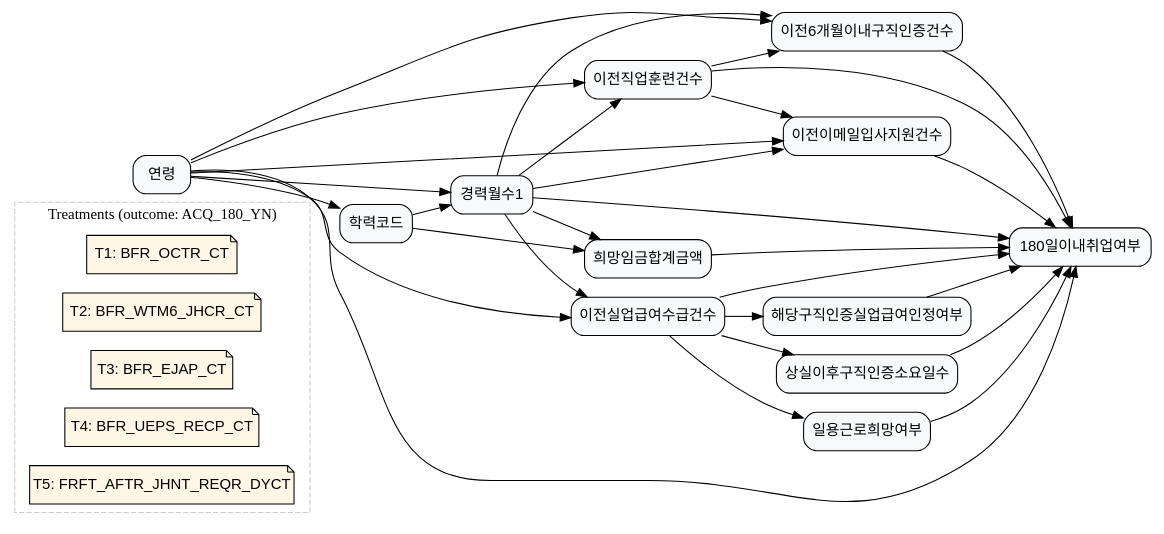
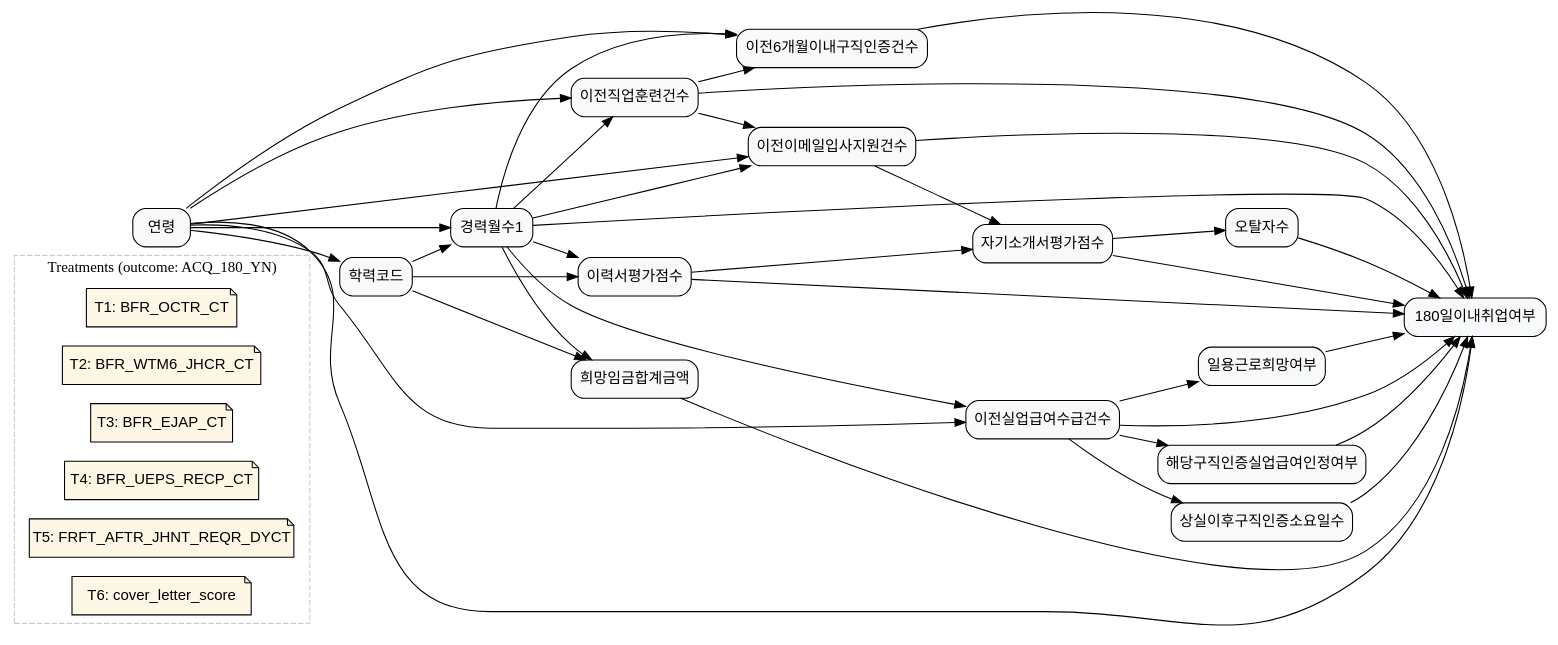
One commit to KU-LIM-Lab/dowhy-deep changed the diagram in laborlab_2/data/graph_data/graph_2.dot. Above: the diagram before and after it, drawn with Graphviz. The commit also changed 5 other files, not shown here.

Commit message:
add causal graph

```diff
--- a/laborlab_2/data/graph_data/graph_2.dot
+++ b/laborlab_2/data/graph_data/graph_2.dot
@@ -1,89 +1,106 @@
 digraph G {
 	graph [rankdir=LR];
 	node [fillcolor="#F8F9FB",
-		fontname=Helvetica,
-		shape=box,
-		style="rounded,filled"
+	fontname=Helvetica,
+	shape=box,
+	style="rounded,filled"
 	];
 	subgraph cluster_treatments {
-		graph [color="#CCCCCC",
-			label="Treatments (outcome: ACQ_180_YN)",
-			style=dashed
-		];
-		node [fillcolor="#FFF7E6",
-			fontname=Helvetica,
-			shape=note,
-			style="rounded,filled"
-		];
-		T1	[label="T1: BFR_OCTR_CT",
-			role=treatment_meta,
-			treatment_def="이전직업훈련건수 수준 차이의 효과",
-			treatment_name=BFR_OCTR_CT,
-			treatment_question="이전 직업훈련을 많이 받은 사람과 거의 받지 않은 사람의 6개월 내 취업 확률 차이?",
-			treatment_var=BFR_OCTR_CT];
-		T2	[label="T2: BFR_WTM6_JHCR_CT",
-			role=treatment_meta,
-			treatment_def="이전6개월이내구직인증건수 수준 차이의 효과",
-			treatment_name=BFR_WTM6_JHCR_CT,
-			treatment_question="과거 6개월간 구직인증 횟수가 많은 사람과 적은 사람의 6개월 내 취업 확률 차이?",
-			treatment_var=BFR_WTM6_JHCR_CT];
-		T3	[label="T3: BFR_EJAP_CT",
-			role=treatment_meta,
-			treatment_def="이전이메일입사지원건수 수준 차이의 효과",
-			treatment_name=BFR_EJAP_CT,
-			treatment_question="이메일 입사지원 경험이 많은 사람과 거의 없는 사람의 6개월 내 취업 확률 차이?",
-			treatment_var=BFR_EJAP_CT];
-		T4	[label="T4: BFR_UEPS_RECP_CT",
-			role=treatment_meta,
-			treatment_def="이전실업급여수급건수 수준 차이의 효과",
-			treatment_name=BFR_UEPS_RECP_CT,
-			treatment_question="실업급여 수급 건수가 많은 사람과 적은 사람의 6개월 내 취업 확률 차이?",
-			treatment_var=BFR_UEPS_RECP_CT];
-		T5	[label="T5: FRFT_AFTR_JHNT_REQR_DYCT",
-			role=treatment_meta,
-			treatment_def="상실이후구직인증소요일수 길이 차이의 효과",
-			treatment_name=FRFT_AFTR_JHNT_REQR_DYCT,
-			treatment_question="상실 이후 구직인증까지 기간이 짧은 사람과 긴 사람의 6개월 내 취업 확률 차이?",
-			treatment_var=FRFT_AFTR_JHNT_REQR_DYCT];
-	}
+	graph [color="#CCCCCC",
+	label="Treatments (outcome: ACQ_180_YN)",
+	style=dashed
+	];
+	node [fillcolor="#FFF7E6",
+	fontname=Helvetica,
+	shape=note,
+	style="rounded,filled"
+	];
+	T1	[label="T1: BFR_OCTR_CT",
+	role=treatment_meta,
+	treatment_def="이전직업훈련건수 수준 차이의 효과",
+	treatment_name=BFR_OCTR_CT,
+	treatment_question="이전 직업훈련을 많이 받은 사람과 거의 받지 않은 사람의 6개월 내 취업 확률 차이?",
+	treatment_var=BFR_OCTR_CT];
+	T2	[label="T2: BFR_WTM6_JHCR_CT",
+	role=treatment_meta,
+	treatment_def="이전6개월이내구직인증건수 수준 차이의 효과",
+	treatment_name=BFR_WTM6_JHCR_CT,
+	treatment_question="과거 6개월간 구직인증 횟수가 많은 사람과 적은 사람의 6개월 내 취업 확률 차이?",
+	treatment_var=BFR_WTM6_JHCR_CT];
+	T3	[label="T3: BFR_EJAP_CT",
+	role=treatment_meta,
+	treatment_def="이전이메일입사지원건수 수준 차이의 효과",
+	treatment_name=BFR_EJAP_CT,
+	treatment_question="이메일 입사지원 경험이 많은 사람과 거의 없는 사람의 6개월 내 취업 확률 차이?",
+	treatment_var=BFR_EJAP_CT];
+	T4	[label="T4: BFR_UEPS_RECP_CT",
+	role=treatment_meta,
+	treatment_def="이전실업급여수급건수 수준 차이의 효과",
+	treatment_name=BFR_UEPS_RECP_CT,
+	treatment_question="실업급여 수급 건수가 많은 사람과 적은 사람의 6개월 내 취업 확률 차이?",
+	treatment_var=BFR_UEPS_RECP_CT];
+	T5	[label="T5: FRFT_AFTR_JHNT_REQR_DYCT",
+	role=treatment_meta,
+	treatment_def="상실이후구직인증소요일수 길이 차이의 효과",
+	treatment_name=FRFT_AFTR_JHNT_REQR_DYCT,
+	treatment_question="상실 이후 구직인증까지 기간이 짧은 사람과 긴 사람의 6개월 내 취업 확률 차이?",
+	treatment_var=FRFT_AFTR_JHNT_REQR_DYCT];
+	T6	[label="T6: cover_letter_score",
+	role=treatment_meta,
+	treatment_def="자기소개서평가점수 수준 차이의 효과",
+	treatment_name=cover_letter_score,
+	treatment_question="자기소개서 평가 점수가 높은 사람과 낮은 사람의 6개월 내 취업 확률 차이?",
+	treatment_var=cover_letter_score];
+}
 	ACQ_180_YN	[label="180일이내취업여부"];
 	BFR_OCTR_CT	[label=이전직업훈련건수];
 	BFR_OCTR_CT -> ACQ_180_YN;
 	BFR_WTM6_JHCR_CT	[label=이전6개월이내구직인증건수];
 	BFR_OCTR_CT -> BFR_WTM6_JHCR_CT;
 	BFR_EJAP_CT	[label=이전이메일입사지원건수];
 	BFR_OCTR_CT -> BFR_EJAP_CT;
 	BFR_WTM6_JHCR_CT -> ACQ_180_YN;
 	BFR_EJAP_CT -> ACQ_180_YN;
 	BFR_UEPS_RECP_CT	[label=이전실업급여수급건수];
 	BFR_UEPS_RECP_CT -> ACQ_180_YN;
 	UEPS_RECP_YN	[label=해당구직인증실업급여인정여부];
 	BFR_UEPS_RECP_CT -> UEPS_RECP_YN;
 	FRFT_AFTR_JHNT_REQR_DYCT	[label=상실이후구직인증소요일수];
 	BFR_UEPS_RECP_CT -> FRFT_AFTR_JHNT_REQR_DYCT;
 	DLY_LABR_HOPE_YN	[label=일용근로희망여부];
 	BFR_UEPS_RECP_CT -> DLY_LABR_HOPE_YN;
 	UEPS_RECP_YN -> ACQ_180_YN;
 	FRFT_AFTR_JHNT_REQR_DYCT -> ACQ_180_YN;
 	DLY_LABR_HOPE_YN -> ACQ_180_YN;
 	AGE	[label=연령];
 	AGE -> ACQ_180_YN;
 	AGE -> BFR_OCTR_CT;
 	AGE -> BFR_WTM6_JHCR_CT;
 	AGE -> BFR_EJAP_CT;
 	AGE -> BFR_UEPS_RECP_CT;
 	ACCR_CD	[label=학력코드];
 	AGE -> ACCR_CD;
 	CARR_MYCT1	[label=경력월수1];
 	AGE -> CARR_MYCT1;
 	ACCR_CD -> CARR_MYCT1;
 	HOPE_WAGE_SM_AMT	[label=희망임금합계금액];
 	ACCR_CD -> HOPE_WAGE_SM_AMT;
 	CARR_MYCT1 -> ACQ_180_YN;
 	CARR_MYCT1 -> BFR_OCTR_CT;
 	CARR_MYCT1 -> BFR_WTM6_JHCR_CT;
 	CARR_MYCT1 -> BFR_EJAP_CT;
 	CARR_MYCT1 -> BFR_UEPS_RECP_CT;
 	CARR_MYCT1 -> HOPE_WAGE_SM_AMT;
 	HOPE_WAGE_SM_AMT -> ACQ_180_YN;
+	resume_score	[label=이력서평가점수];
+	ACCR_CD -> resume_score;
+	CARR_MYCT1 -> resume_score;
+	resume_score -> ACQ_180_YN;
+	cover_letter_score	[label=자기소개서평가점수];
+	resume_score -> cover_letter_score;
+	BFR_EJAP_CT -> cover_letter_score;
+	cover_letter_score -> ACQ_180_YN;
+	typo_count	[label=오탈자수];
+	cover_letter_score -> typo_count;
+	typo_count -> ACQ_180_YN;
 }
```
